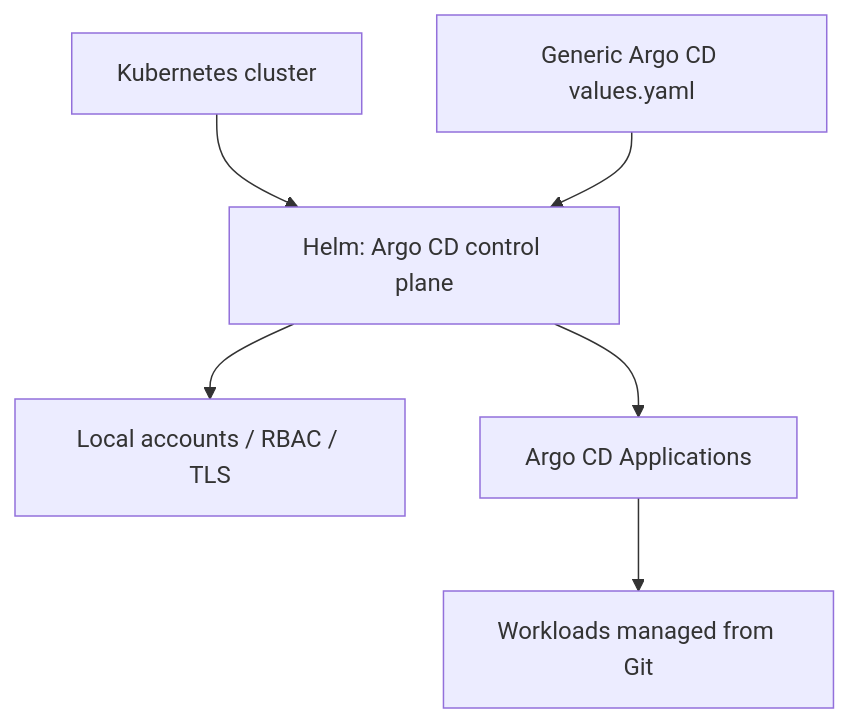
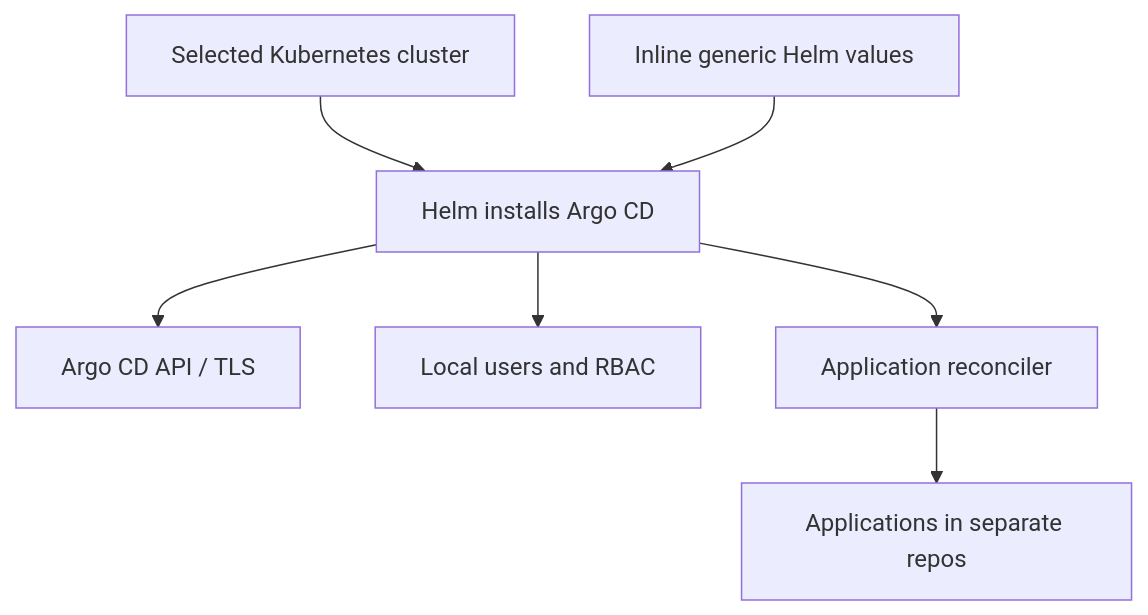
Before and after one commit to naren4b/nks: the diagram in docs/argocd-rbac.md, drawn with Mermaid. The commit also changed other lines of this file and 2 other files, not shown here.

First line of the commit message:
docs: keep Argo CD Helm installation in one self-contained article (#24)

````diff
--- a/docs/argocd-rbac.md
+++ b/docs/argocd-rbac.md
@@ -20,8 +17,9 @@
 ```mermaid
 flowchart TB
-  K["Kubernetes cluster"] --> H["Helm: Argo CD control plane"]
-  V["Generic Argo CD values.yaml"] --> H
-  H --> R["Local accounts / RBAC / TLS"]
-  H --> A["Argo CD Applications"]
-  A --> W["Workloads managed from Git"]
+  K["Selected Kubernetes cluster"] --> H["Helm installs Argo CD"]
+  V["Inline generic Helm values"] --> H
+  H --> S["Argo CD API / TLS"]
+  H --> R["Local users and RBAC"]
+  H --> A["Application reconciler"]
+  A --> G["Applications in separate repos"]
 ```
````
